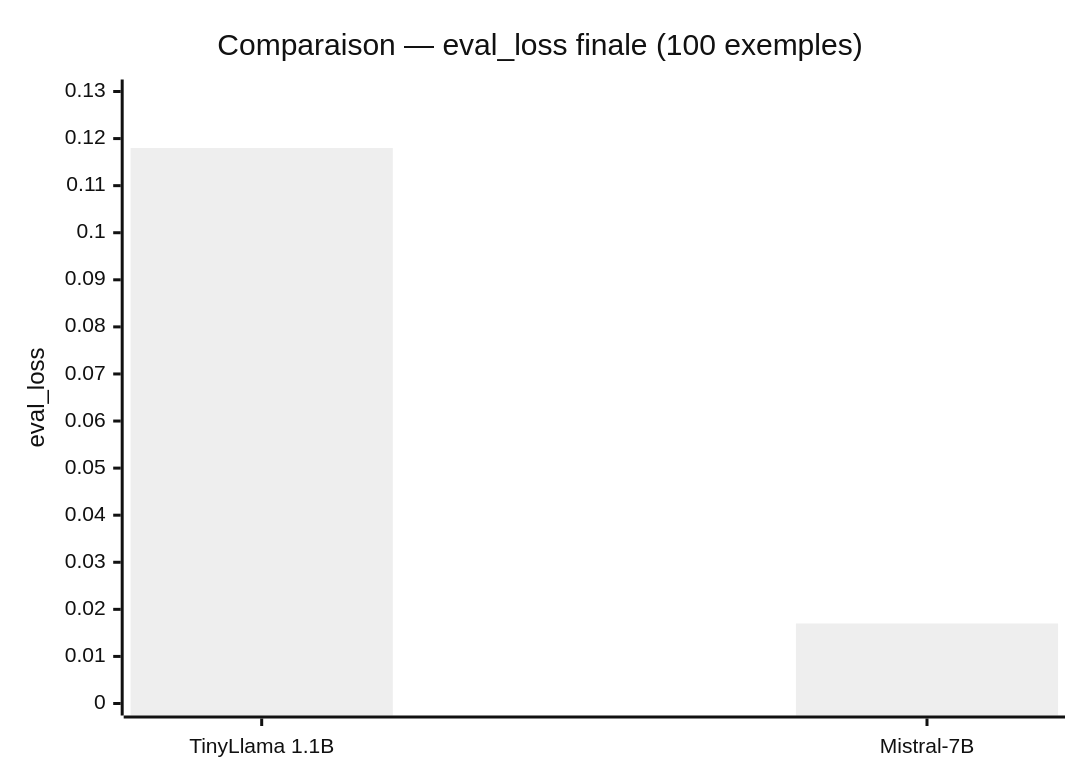
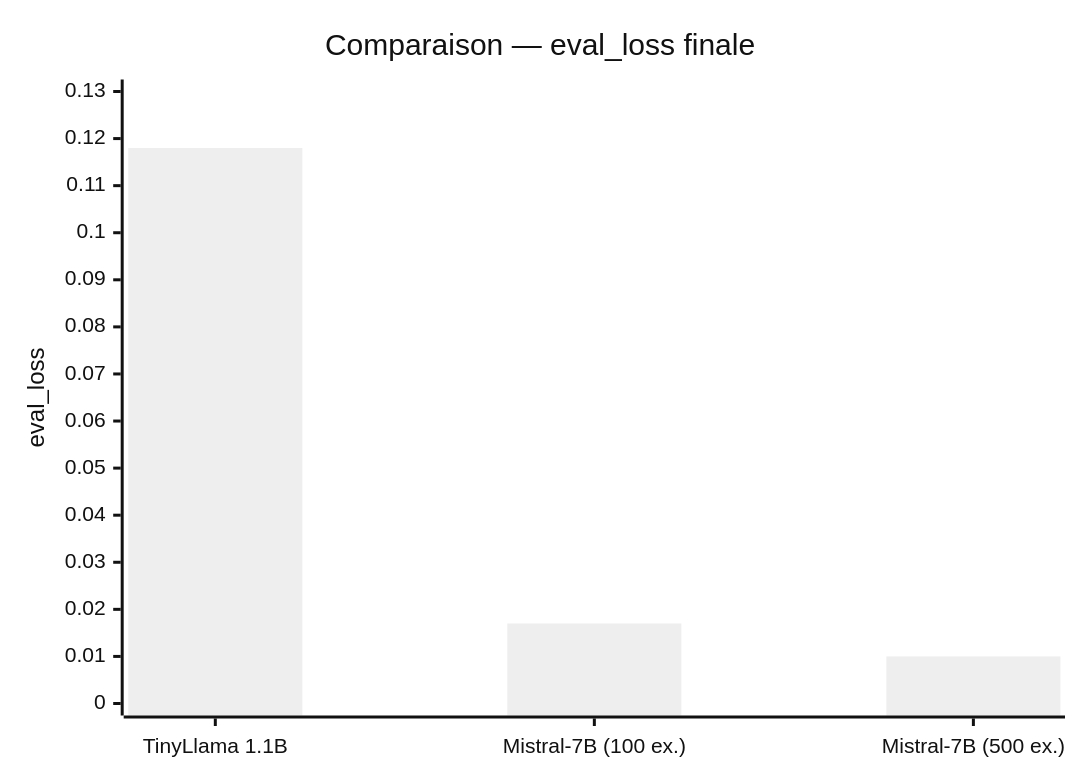
The first of 6 diagrams in nav4rail_finetune/RESULTS.md (BTGenTP/FineTuningOnTelecomCluster), drawn with Mermaid (neutral theme) before and after one commit. The commit also changed other lines of this file, not shown here.

Commit message:
Résultats Mistral 7B avec 500 samples + évaluations sémantique, syntaxe, ...

````diff
--- a/nav4rail_finetune/RESULTS.md
+++ b/nav4rail_finetune/RESULTS.md
@@ -45,7 +52,7 @@
 ```mermaid
 xychart-beta
-    title "Comparaison — eval_loss finale (100 exemples)"
-    x-axis ["TinyLlama 1.1B", "Mistral-7B"]
+    title "Comparaison — eval_loss finale"
+    x-axis ["TinyLlama 1.1B", "Mistral-7B (100 ex.)", "Mistral-7B (500 ex.)"]
     y-axis "eval_loss" 0 --> 0.13
-    bar [0.118, 0.017]
+    bar [0.118, 0.017, 0.010]
 ```
````
